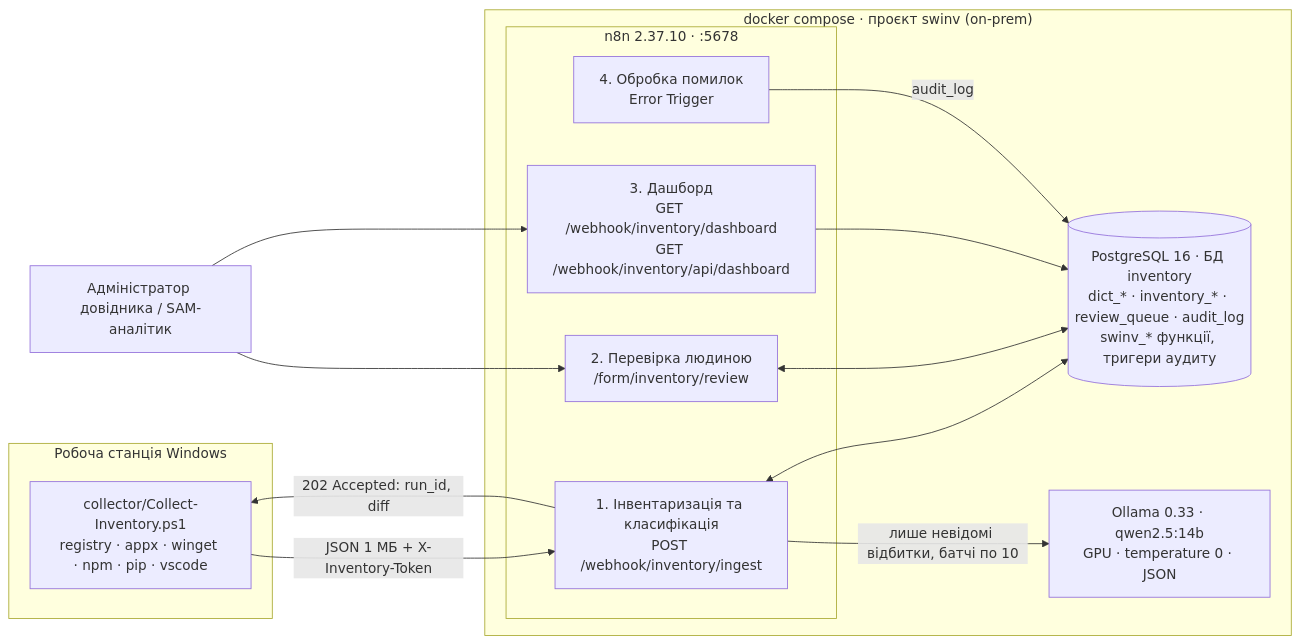
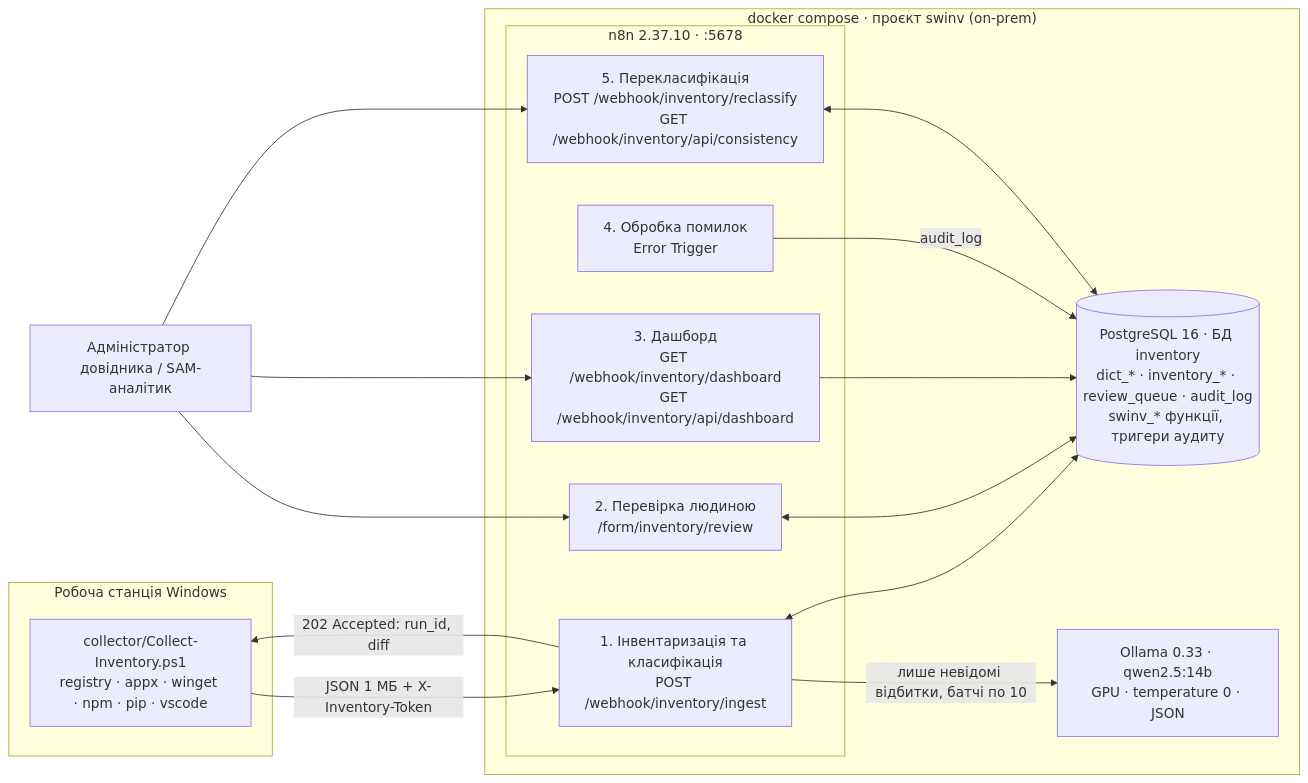
The first of 2 diagrams in README.md (kostyantyn94/swinv), drawn with Mermaid before and after one commit. The commit also changed other lines of this file and 1 other file, not shown here.

Commit message:
README: workflow 5 in the architecture diagram, setup description, URL table, repo tree and pipeline section

````diff
--- a/README.md
+++ b/README.md
@@ -32,27 +32,30 @@
 ```mermaid
 flowchart LR
     subgraph PC["Робоча станція Windows"]
         C["collector/Collect-Inventory.ps1<br/>registry · appx · winget · npm · pip · vscode"]
     end
     subgraph DOCKER["docker compose · проєкт swinv (on-prem)"]
         subgraph N8N["n8n 2.37.10 · :5678"]
             W1["1. Інвентаризація та класифікація<br/>POST /webhook/inventory/ingest"]
             W2["2. Перевірка людиною<br/>/form/inventory/review"]
             W3["3. Дашборд<br/>GET /webhook/inventory/dashboard<br/>GET /webhook/inventory/api/dashboard"]
             W4["4. Обробка помилок<br/>Error Trigger"]
+            W5["5. Перекласифікація<br/>POST /webhook/inventory/reclassify<br/>GET /webhook/inventory/api/consistency"]
         end
         PG[("PostgreSQL 16 · БД inventory<br/>dict_* · inventory_* · review_queue · audit_log<br/>swinv_* функції, тригери аудиту")]
         OL["Ollama 0.33 · qwen2.5:14b<br/>GPU · temperature 0 · JSON"]
     end
     A["Адміністратор довідника / SAM-аналітик"]
 
     C -- "JSON 1 МБ + X-Inventory-Token" --> W1
     W1 -- "202 Accepted: run_id, diff" --> C
     W1 <--> PG
     W1 -- "лише невідомі відбитки, батчі по 10" --> OL
     W2 <--> PG
     W3 --> PG
     W4 -- "audit_log" --> PG
+    W5 <--> PG
     A --> W2
     A --> W3
+    A --> W5
 ```
````
